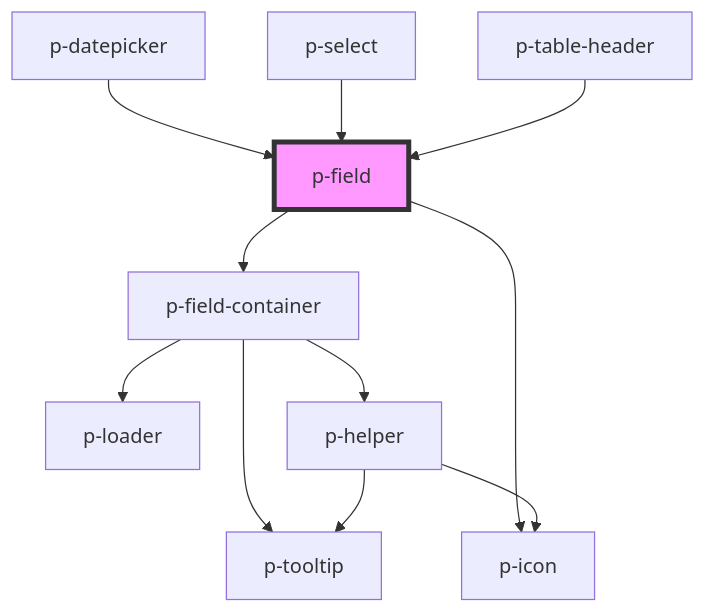
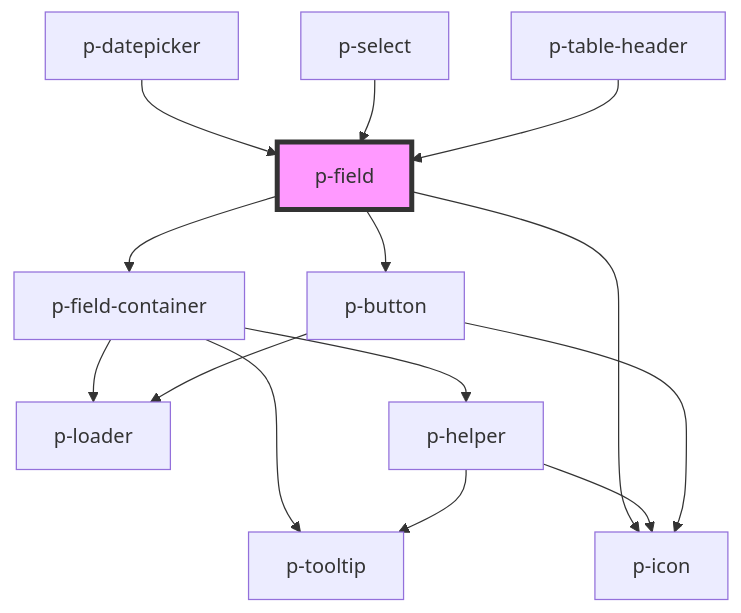
One commit to Employes/Paperless changed the diagram in packages/core/src/components/molecules/field/field/readme.md. Above: the diagram before and after it, drawn with Mermaid. The commit also changed other lines of this file and 7 other files, not shown here.

Commit message:
feat(molecules/field): Add ability to show add button

````diff
--- a/packages/core/src/components/molecules/field/field/readme.md
+++ b/packages/core/src/components/molecules/field/field/readme.md
@@ -64,14 +68,17 @@
 ```mermaid
 graph TD;
   p-field --> p-field-container
   p-field --> p-icon
+  p-field --> p-button
   p-field-container --> p-loader
   p-field-container --> p-helper
   p-field-container --> p-tooltip
   p-helper --> p-tooltip
   p-helper --> p-icon
+  p-button --> p-icon
+  p-button --> p-loader
   p-datepicker --> p-field
   p-select --> p-field
   p-table-header --> p-field
   style p-field fill:#f9f,stroke:#333,stroke-width:4px
 ```
````
